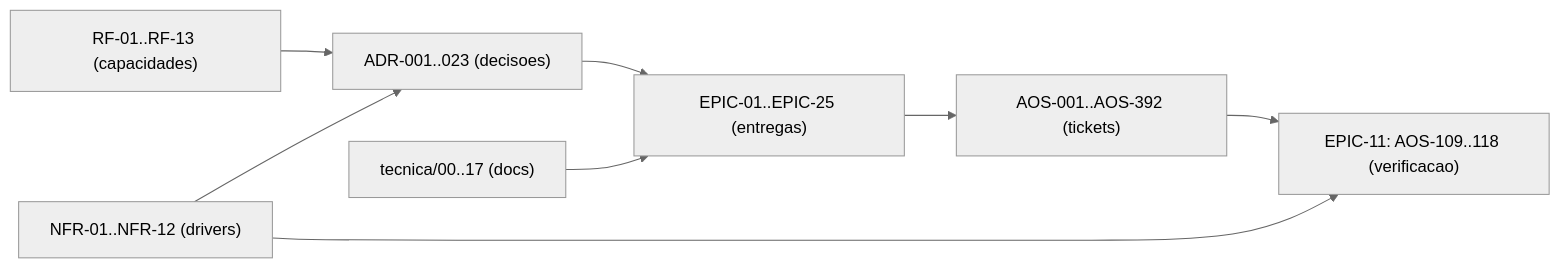
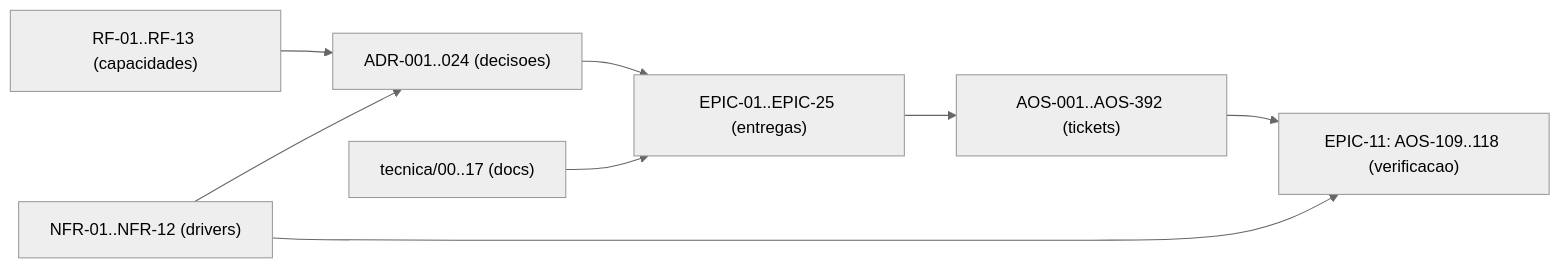
One commit to albinoJimy/aos changed the diagram in tecnica/16_Rastreabilidade_RTM.md. Above: the diagram before and after it, drawn with Mermaid (neutral theme). The commit also changed other lines of this file and 3 other files, not shown here.

````diff
--- a/tecnica/16_Rastreabilidade_RTM.md
+++ b/tecnica/16_Rastreabilidade_RTM.md
@@ -180,10 +181,10 @@
 ```mermaid
 flowchart LR
-    RF["RF-01..RF-13 (capacidades)"] --> ADR["ADR-001..023 (decisoes)"]
+    RF["RF-01..RF-13 (capacidades)"] --> ADR["ADR-001..024 (decisoes)"]
     NFR["NFR-01..NFR-12 (drivers)"] --> ADR
     ADR --> EPIC["EPIC-01..EPIC-25 (entregas)"]
     EPIC --> TICK["AOS-001..AOS-392 (tickets)"]
     DOC["tecnica/00..17 (docs)"] --> EPIC
     TICK --> TEST["EPIC-11: AOS-109..118 (verificacao)"]
     NFR --> TEST
 ```
````
